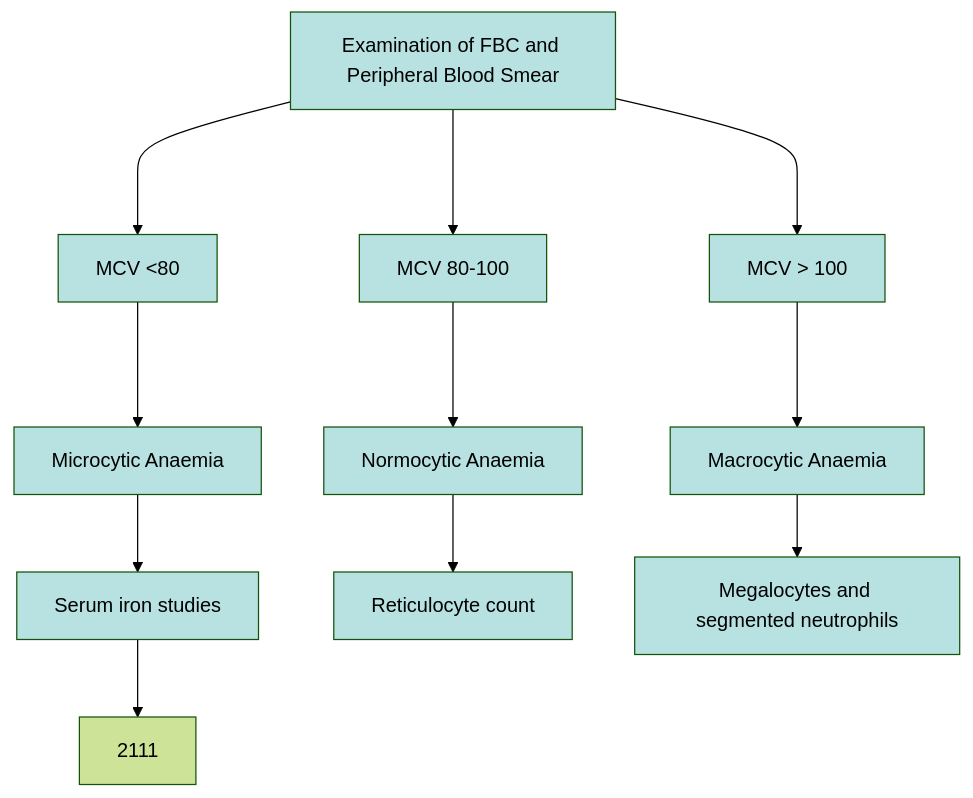
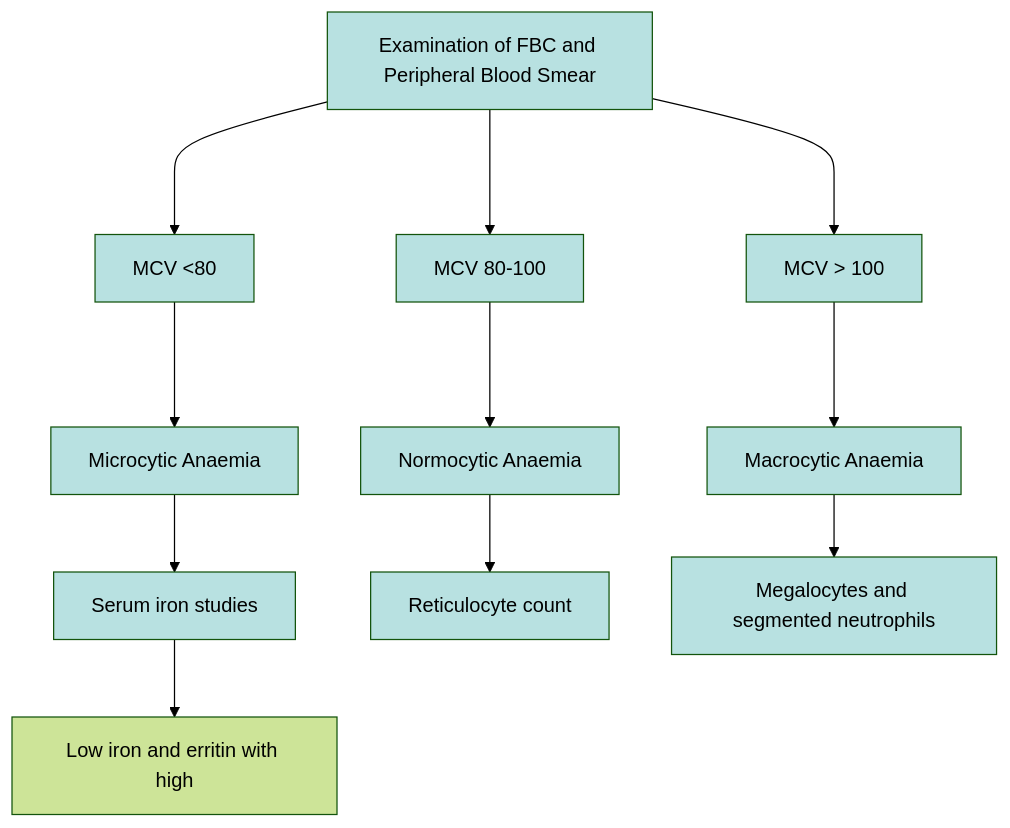
Before and after one commit to Ahsome/NIMA-Notes: the diagram in Med Notes/Diseases/Haem/Anaemia.md, drawn with Mermaid (forest theme).

Commit message:
vault backup: 2023-05-12 19:33:48
Affected files:
Med Notes/Diseases/Haem/Anaemia.md

````diff
--- a/Med Notes/Diseases/Haem/Anaemia.md
+++ b/Med Notes/Diseases/Haem/Anaemia.md
@@ -14,34 +14,34 @@
 ```mermaid
 flowchart TB
 1[Examination of FBC and Peripheral Blood Smear]--->2[MCV <80]
 1---> 3[MCV 80-100]
 1--->4[MCV > 100]
 
 2 ---> 21[Microcytic Anaemia]
 3 ---> 31[Normocytic Anaemia]
 4 ---> 41[Macrocytic Anaemia]
 
 21 --> 211[Serum iron studies]
 31 --> 311[Reticulocyte count]
 41 --> 411[Megalocytes and segmented neutrophils]
 
-211 --> 2111
+211 --> 2111[Low iron and erritin with high ]
 
 class 21 internal-link
 class 31 internal-link
 class 41 internal-link
 
 style 1 fill:#b8e1e1,color:#000000
 style 2 fill:#b8e1e1,color:#000000
 style 3 fill:#b8e1e1,color:#000000
 style 4 fill:#b8e1e1,color:#000000
 
 style 21 fill:#b8e1e1,color:#000000
 style 31 fill:#b8e1e1,color:#000000
 style 41 fill:#b8e1e1,color:#000000
 
 style 211 fill:#b8e1e1,color:#000000
 style 311 fill:#b8e1e1,color:#000000
 style 411 fill:#b8e1e1,color:#000000
 
 ```
````
